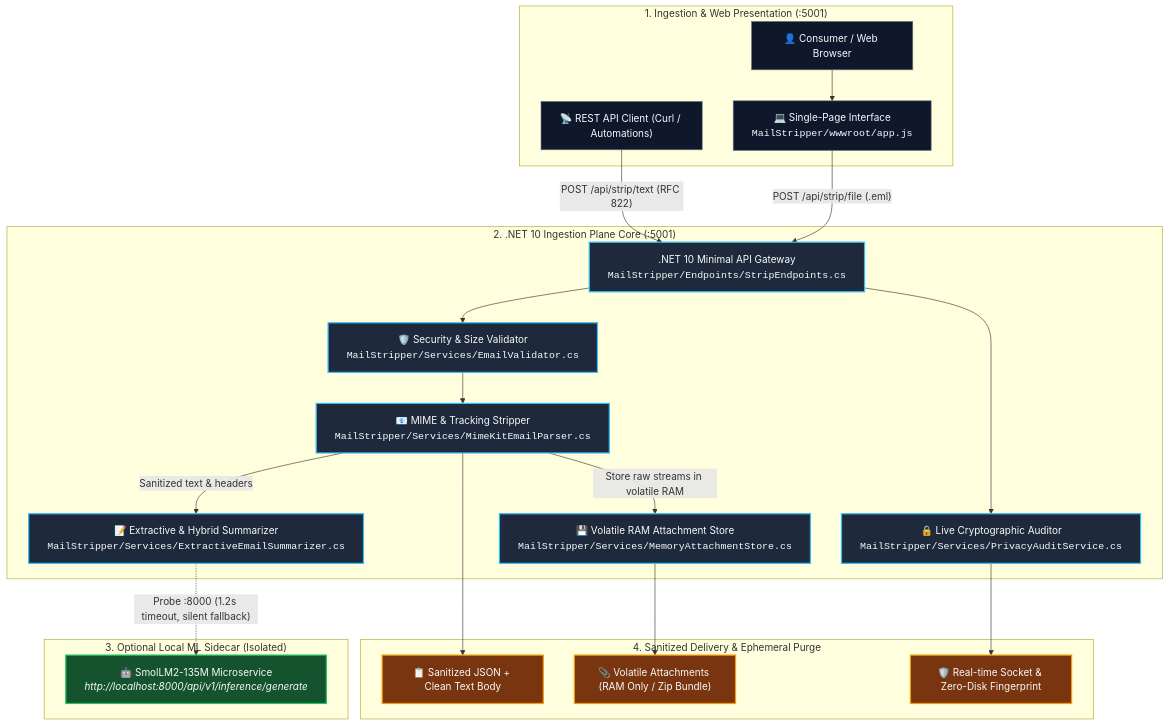
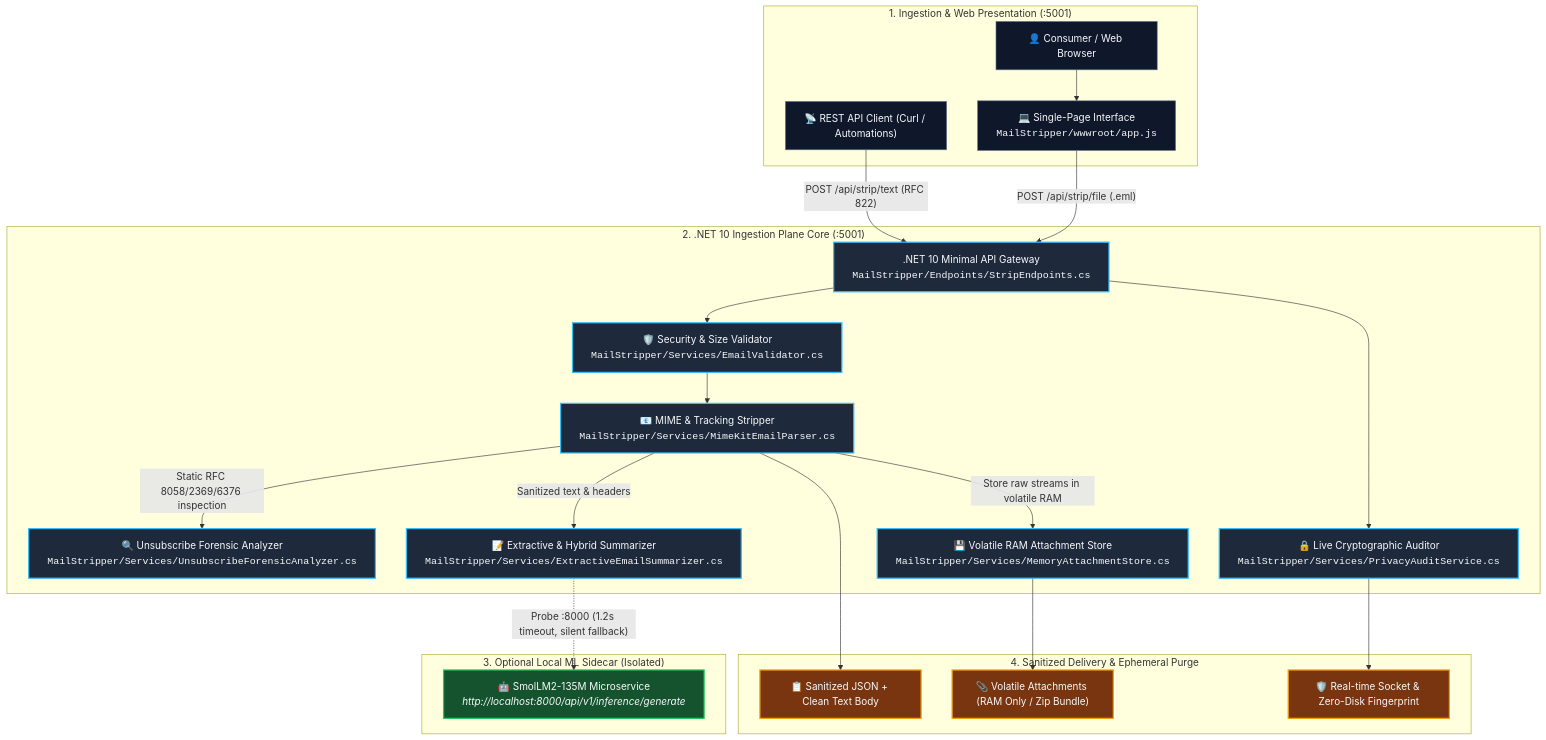
Before and after one commit to knowthankyew/mail-stripper: the first of 2 diagrams in docs/ARCHITECTURE.md, drawn with Mermaid. The commit also changed other lines of this file and 18 other files, not shown here.

Commit message:
feat(forensics): add v1.1.0 air-gapped unsubscribe forensics and HTML link defanging

````diff
--- a/docs/ARCHITECTURE.md
+++ b/docs/ARCHITECTURE.md
@@ -24,52 +24,54 @@
 ```mermaid
 flowchart TD
     subgraph ClientLayer["1. Ingestion & Web Presentation (:5001)"]
         User["👤 Consumer / Web Browser"]
         ClientApp["💻 Single-Page Interface<br/><code>MailStripper/wwwroot/app.js</code>"]
         APIClient["📡 REST API Client (Curl / Automations)"]
     end
 
     subgraph ServiceCore["2. .NET 10 Ingestion Plane Core (:5001)"]
         API[".NET 10 Minimal API Gateway<br/><code>MailStripper/Endpoints/StripEndpoints.cs</code>"]
         Parser["📧 MIME & Tracking Stripper<br/><code>MailStripper/Services/MimeKitEmailParser.cs</code>"]
         Validator["🛡️ Security & Size Validator<br/><code>MailStripper/Services/EmailValidator.cs</code>"]
+        UnsubForensics["🔍 Unsubscribe Forensic Analyzer<br/><code>MailStripper/Services/UnsubscribeForensicAnalyzer.cs</code>"]
         MemStore["💾 Volatile RAM Attachment Store<br/><code>MailStripper/Services/MemoryAttachmentStore.cs</code>"]
         Summarizer["📝 Extractive & Hybrid Summarizer<br/><code>MailStripper/Services/ExtractiveEmailSummarizer.cs</code>"]
         PrivacyAudit["🔒 Live Cryptographic Auditor<br/><code>MailStripper/Services/PrivacyAuditService.cs</code>"]
     end
 
     subgraph Sidecar["3. Optional Local ML Sidecar (Isolated)"]
         MLSidecar["🤖 SmolLM2-135M Microservice<br/><i>http://localhost:8000/api/v1/inference/generate</i>"]
     end
 
     subgraph Output["4. Sanitized Delivery & Ephemeral Purge"]
         CleanResult["📋 Sanitized JSON + Clean Text Body"]
         Attachments["📎 Volatile Attachments (RAM Only / Zip Bundle)"]
         AuditEndpoint["🛡️ Real-time Socket & Zero-Disk Fingerprint"]
     end
 
     %% Flow
     User --> ClientApp
     ClientApp -->|"POST /api/strip/file (.eml)"| API
     APIClient -->|"POST /api/strip/text (RFC 822)"| API
     API --> Validator
     Validator --> Parser
+    Parser -->|"Static RFC 8058/2369/6376 inspection"| UnsubForensics
     Parser -->|"Store raw streams in volatile RAM"| MemStore
     Parser -->|"Sanitized text & headers"| Summarizer
     Summarizer -.->|"Probe :8000 (1.2s timeout, silent fallback)"| MLSidecar
     API --> PrivacyAudit
 
     Parser --> CleanResult
     MemStore --> Attachments
     PrivacyAudit --> AuditEndpoint
 
     classDef client fill:#0f172a,stroke:#64748b,stroke-width:1px,color:#f8fafc;
     classDef core fill:#1e293b,stroke:#38bdf8,stroke-width:2px,color:#f8fafc;
     classDef sidecar fill:#14532d,stroke:#22c55e,stroke-width:2px,color:#f8fafc;
     classDef output fill:#78350f,stroke:#f59e0b,stroke-width:2px,color:#f8fafc;
 
     class User,ClientApp,APIClient client;
-    class API,Parser,Validator,MemStore,Summarizer,PrivacyAudit core;
+    class API,Parser,Validator,UnsubForensics,MemStore,Summarizer,PrivacyAudit core;
     class MLSidecar sidecar;
     class CleanResult,Attachments,AuditEndpoint output;
 ```
````
